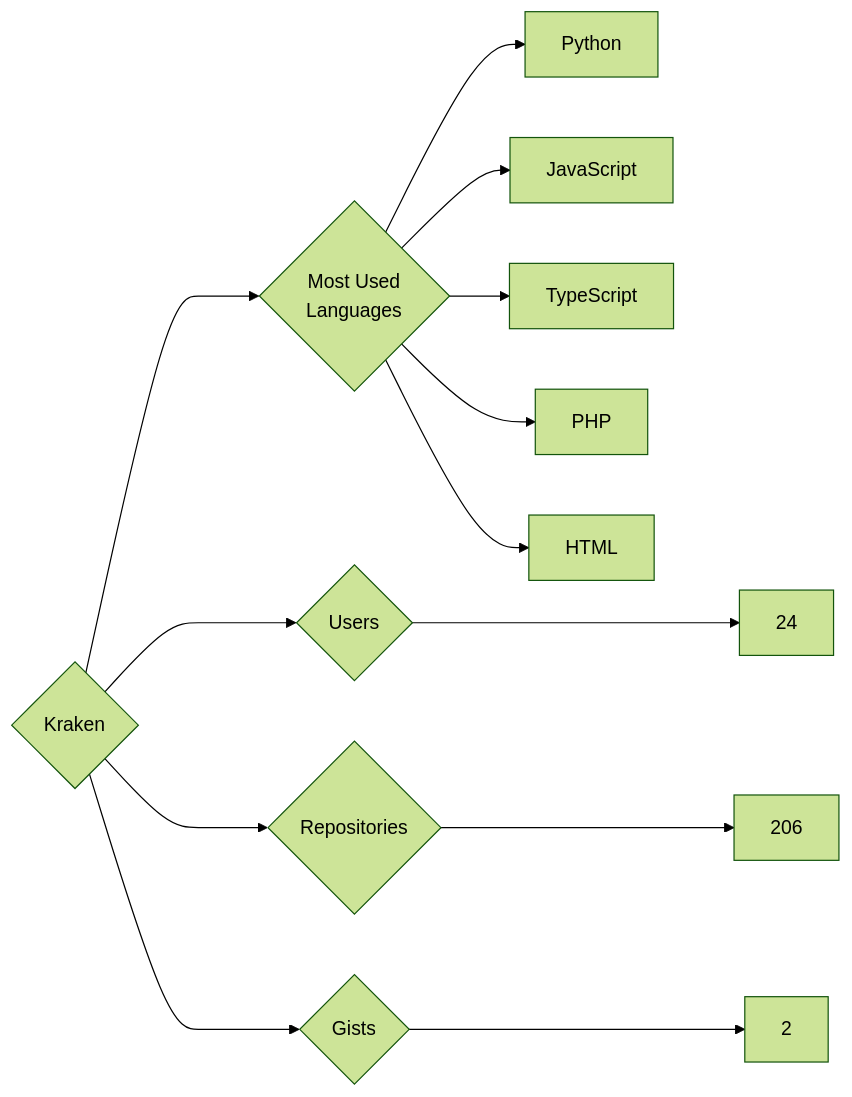
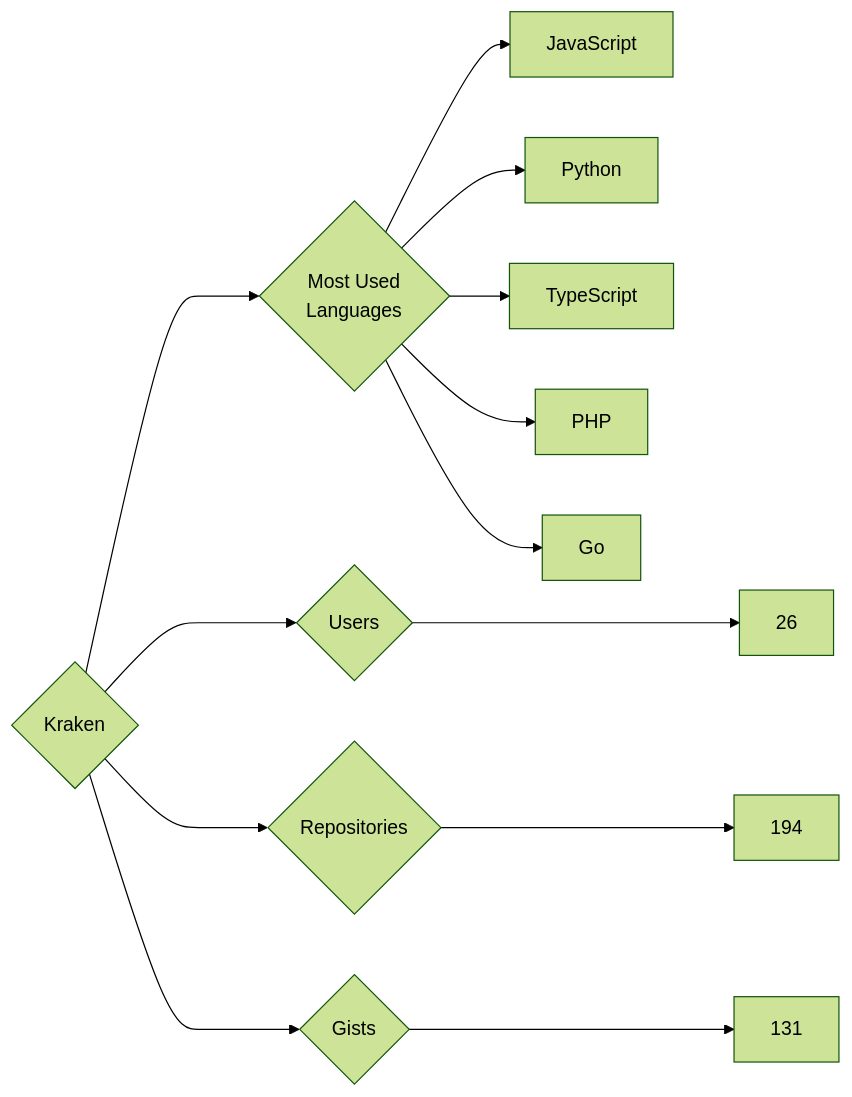
Before and after one commit to trickest/insiders: the diagram in targets/Kraken/README.md, drawn with Mermaid (forest theme). The commit also changed 944 other files, not shown here.

````diff
--- a/targets/Kraken/README.md
+++ b/targets/Kraken/README.md
@@ -3,13 +3,13 @@
 ```mermaid
 graph LR
 COMPANY_NAME{Kraken}
-COMPANY_NAME ---> U{Users} ---> UN[24]
-COMPANY_NAME ---> R{Repositories} ---> RN[206]
-COMPANY_NAME ---> G{Gists} ---> GN[2]
+COMPANY_NAME ---> U{Users} ---> UN[26]
+COMPANY_NAME ---> R{Repositories} ---> RN[194]
+COMPANY_NAME ---> G{Gists} ---> GN[131]
 COMPANY_NAME ---> ML{Most Used<br>Languages}
+ML --> JavaScript[JavaScript]
 ML --> Python[Python]
-ML --> JavaScript[JavaScript]
 ML --> TypeScript[TypeScript]
 ML --> PHP[PHP]
-ML --> HTML[HTML]
+ML --> Go[Go]
 ```
````
